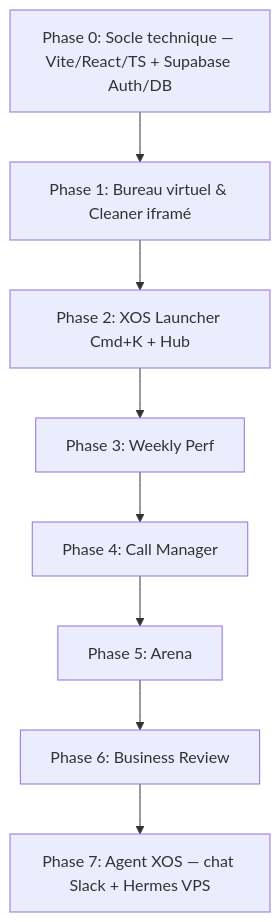
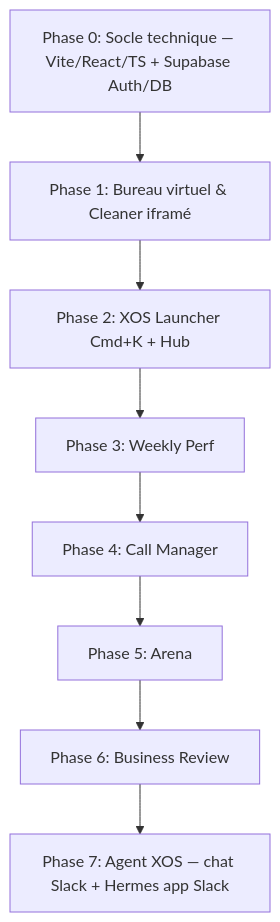
The diagram in docs/xos_portal_plan.md (Theo-Savoy/xos-dechet-dashboard), drawn with Mermaid before and after one commit. The commit also changed other lines of this file and 2 other files, not shown here.

First line of the commit message:
docs: fix Phase 7 (Hermes = Slack app) and freeze Call Manager contract

````diff
--- a/docs/xos_portal_plan.md
+++ b/docs/xos_portal_plan.md
@@ -177,10 +177,10 @@
 ```mermaid
 graph TD
     Z[Phase 0: Socle technique — Vite/React/TS + Supabase Auth/DB] --> A[Phase 1: Bureau virtuel & Cleaner iframé]
     A --> B[Phase 2: XOS Launcher Cmd+K + Hub]
     B --> C[Phase 3: Weekly Perf]
     C --> D[Phase 4: Call Manager]
     D --> E[Phase 5: Arena]
     E --> F[Phase 6: Business Review]
-    F --> G[Phase 7: Agent XOS — chat Slack + Hermes VPS]
+    F --> G[Phase 7: Agent XOS — chat Slack + Hermes app Slack]
 ```
````
